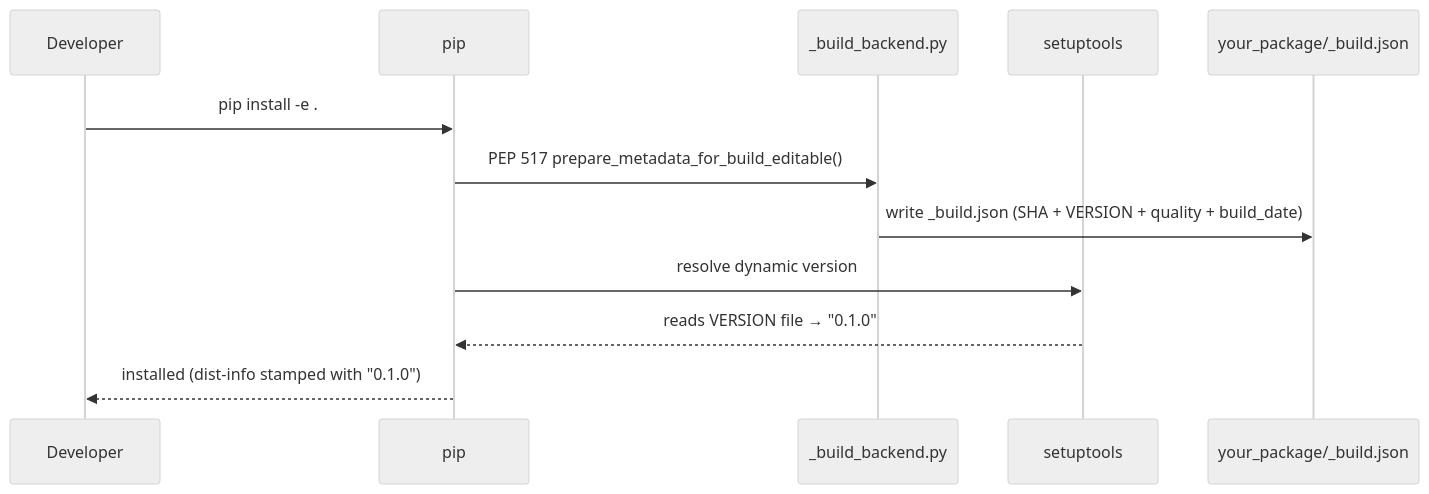
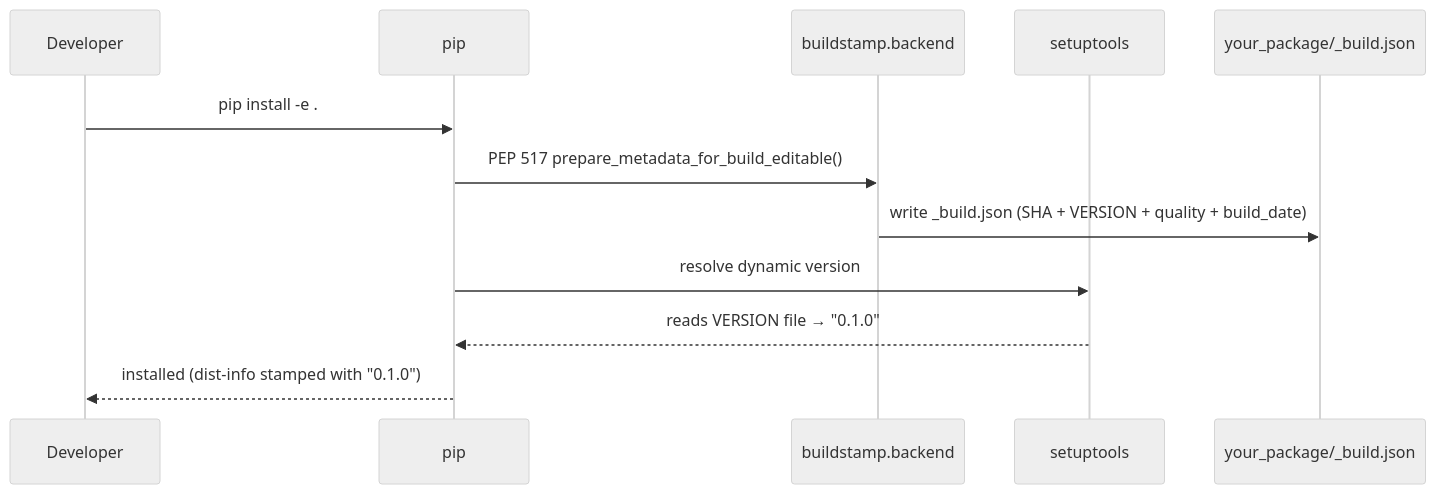
Before and after one commit to basvandriel/buildstamp: the first of 3 diagrams in VERSIONING.md, drawn with Mermaid (neutral theme). The commit also changed other lines of this file and 7 other files, not shown here.

````diff
--- a/VERSIONING.md
+++ b/VERSIONING.md
@@ -145,15 +144,15 @@
 ```mermaid
 sequenceDiagram
     participant dev as Developer
     participant pip as pip
-    participant be  as _build_backend.py
+    participant be  as buildstamp.backend
     participant setup as setuptools
     participant disk as your_package/_build.json
 
     dev->>pip: pip install -e .
     pip->>be: PEP 517 prepare_metadata_for_build_editable()
     be->>disk: write _build.json (SHA + VERSION + quality + build_date)
     pip->>setup: resolve dynamic version
     setup-->>pip: reads VERSION file → "0.1.0"
     pip-->>dev: installed (dist-info stamped with "0.1.0")
 ```
````
